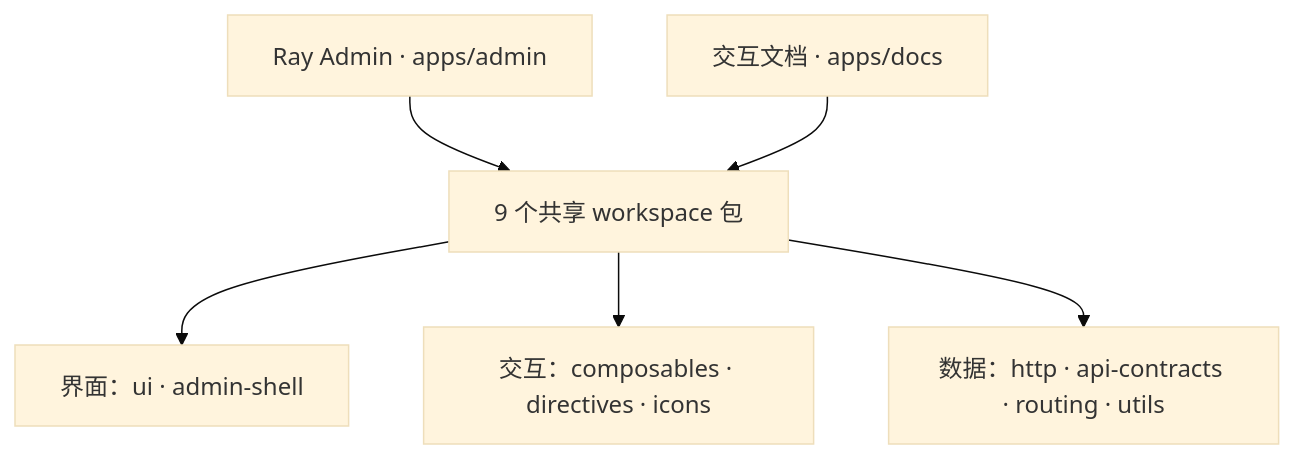
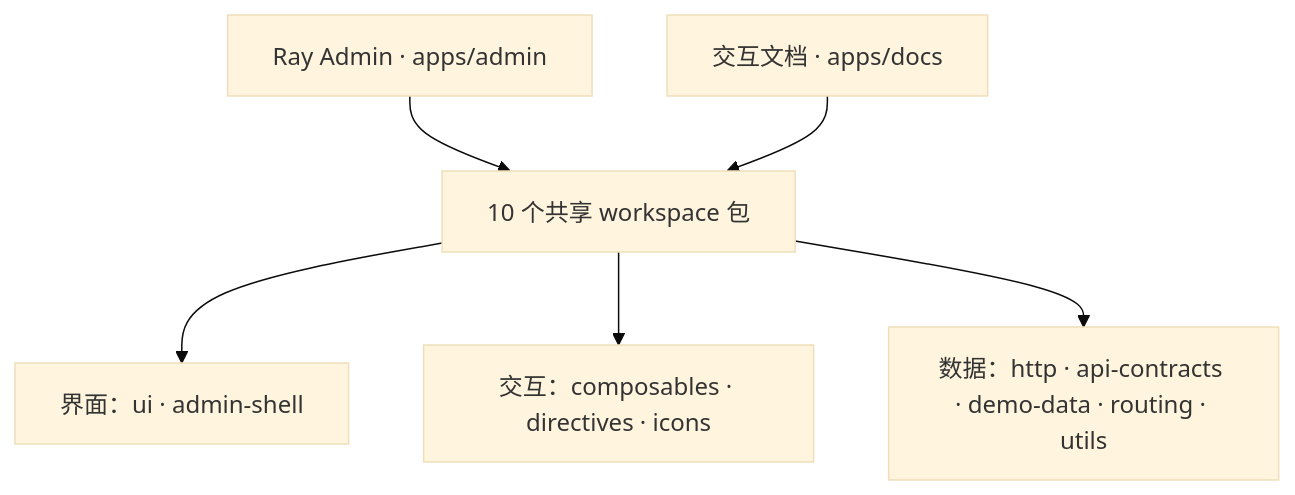
Before and after one commit to XiaoDaiGua-Ray/ray-template: the diagram in README.zh-CN.md, drawn with Mermaid (base theme). The commit also changed other lines of this file and 139 other files, not shown here.

````diff
--- a/README.zh-CN.md
+++ b/README.zh-CN.md
@@ -81,14 +81,14 @@
 ```mermaid
 flowchart TB
   Admin["Ray Admin · apps/admin"]
   Docs["交互文档 · apps/docs"]
-  Shared["9 个共享 workspace 包"]
+  Shared["10 个共享 workspace 包"]
   UI["界面：ui · admin-shell"]
   Interaction["交互：composables · directives · icons"]
-  Data["数据：http · api-contracts · routing · utils"]
+  Data["数据：http · api-contracts · demo-data · routing · utils"]
   Admin --> Shared
   Docs --> Shared
   Shared --> UI
   Shared --> Interaction
   Shared --> Data
 ```
````
